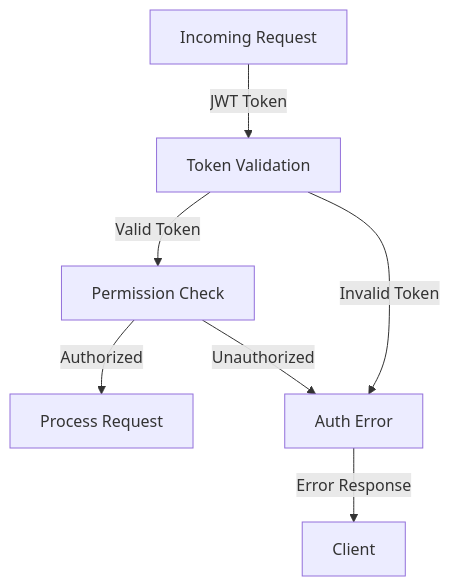
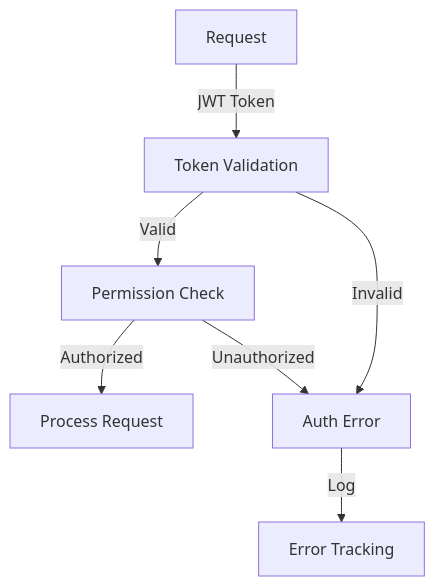
The eighth of 10 diagrams in docs/data_flow.md (UCLH-Digital-Innovation-Hub/Xhuma), drawn with Mermaid before and after one commit. The commit also changed other lines of this file and 2 other files, not shown here.

````diff
--- a/docs/data_flow.md
+++ b/docs/data_flow.md
@@ -110,9 +156,9 @@
 ```mermaid
 flowchart TD
-    A[Incoming Request] -->|JWT Token| B[Token Validation]
-    B -->|Valid Token| C[Permission Check]
+    A[Request] -->|JWT Token| B[Token Validation]
+    B -->|Valid| C[Permission Check]
     C -->|Authorized| D[Process Request]
-    B -->|Invalid Token| E[Auth Error]
+    B -->|Invalid| E[Auth Error]
     C -->|Unauthorized| E
-    E -->|Error Response| F[Client]
+    E -->|Log| F[Error Tracking]
 ```
````
